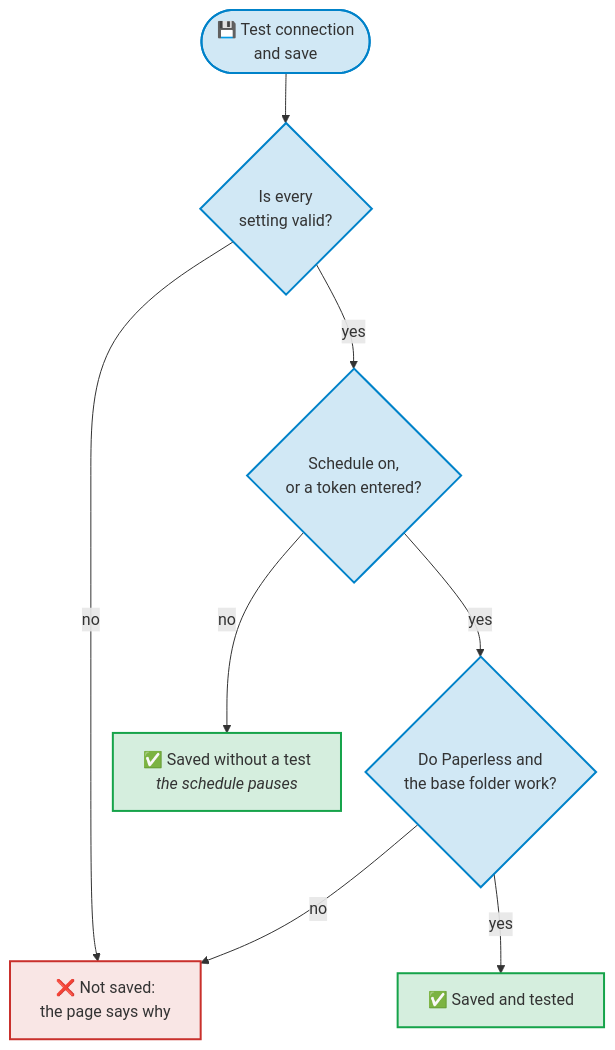
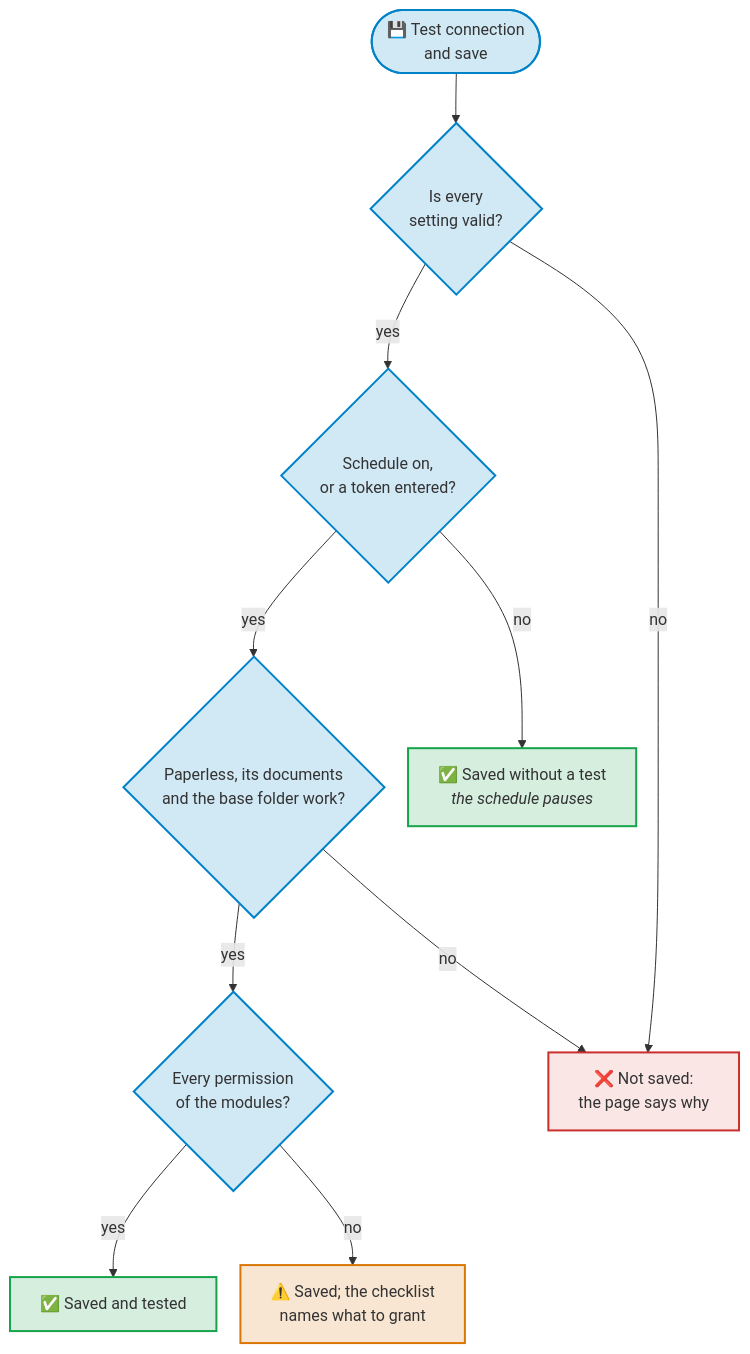
Before and after one commit to Dennis-Otto/paperless-sync: the diagram in docs/diagrams/what-saving-the-settings-tests.mmd, drawn with Mermaid. The commit also changed 49 other files, not shown here.

First line of the commit message:
feat(settings): a connection checklist that tests every Paperless permission a run needs (#127)

```diff
--- a/docs/diagrams/what-saving-the-settings-tests.mmd
+++ b/docs/diagrams/what-saving-the-settings-tests.mmd
@@ -1,31 +1,37 @@
 ---
 config:
   flowchart:
     nodeSpacing: 24
 ---
 flowchart TB
     accTitle: What saving the settings tests
-    accDescr: Saving first checks every setting; an invalid one is not saved. When scheduled synchronization is on or a token was entered, saving tests the connection to Paperless and the base folder in Nextcloud and stores the settings only when both work; otherwise the page says why and, when only the schedule asked for the test, that turning it off saves the settings. With the schedule off and no new token, the settings are stored without a test, so that an administrator can pause a synchronization that fails.
+    accDescr: Saving first checks every setting; an invalid one is not saved. When scheduled synchronization is on or a token was entered, saving runs the connection checklist. When Paperless can't be reached, refuses the token or doesn't let the account view documents, or the target user can't create files in the base folder, the settings are not saved; the page says why and, when only the schedule asked for the test, that turning it off saves the settings. When only a permission of one module is missing, such as the one for the tags, the settings are saved, and the checklist names the permission to grant. With the schedule off and no new token, the settings are stored without a test, so that an administrator can pause a synchronization that fails.
 
     save(["💾 Test connection<br>and save"])
     check{"Is every<br>setting valid?"}
     scheduled{"Schedule on,<br>or a token entered?"}
-    test{"Do Paperless and<br>the base folder work?"}
+    test{"Paperless, its documents<br>and the base folder work?"}
+    modules{"Every permission<br>of the modules?"}
     tested["✅ Saved and tested"]
+    partly["⚠️ Saved; the checklist<br>names what to grant"]
     untested["`✅ Saved without a test<br>*the schedule pauses*`"]
     refused["❌ Not saved:<br>the page says why"]
 
     save --> check
     check -- "no" --> refused
     check -- "yes" --> scheduled
     scheduled -- "yes" --> test
     scheduled -- "no" --> untested
-    test -- "yes" --> tested
+    test -- "yes" --> modules
     test -- "no" --> refused
+    modules -- "yes" --> tested
+    modules -- "no" --> partly
 
     classDef nextcloud fill:#0082c92e,stroke:#0082c9,stroke-width:2px
     classDef done fill:#16a34a2e,stroke:#16a34a,stroke-width:2px
+    classDef note fill:#d977062e,stroke:#d97706,stroke-width:2px
     classDef refused fill:#c9302c1f,stroke:#c9302c,stroke-width:2px
-    class save,check,scheduled,test nextcloud
+    class save,check,scheduled,test,modules nextcloud
     class tested,untested done
+    class partly note
     class refused refused
```
